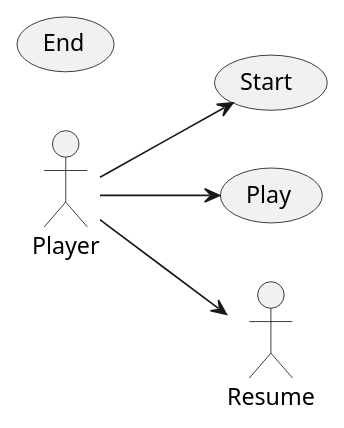
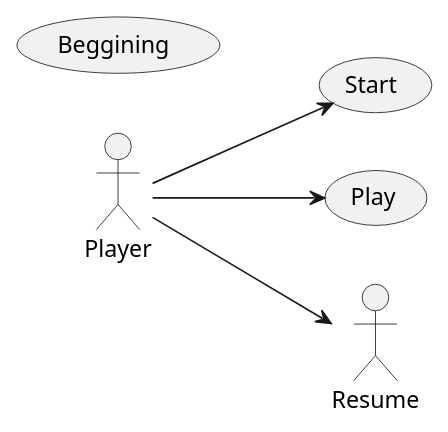
The diagram in docs/diagrams/actorsUseCaseDiagram.plantuml (Ragafel/ATI-012024), drawn with PlantUML before and after one commit.

Commit message:
problema resuelto

```diff
--- a/docs/diagrams/actorsUseCaseDiagram.plantuml
+++ b/docs/diagrams/actorsUseCaseDiagram.plantuml
@@ -1,11 +1,11 @@
 @startuml actorsUseCaseDiagram
 left to right direction
 actor Player
 usecase Start
 usecase Play
-usecase End
+usecase Beggining
 
 Player --> Start
 Player --> Play
 Player --> Resume
 @enduml
```
